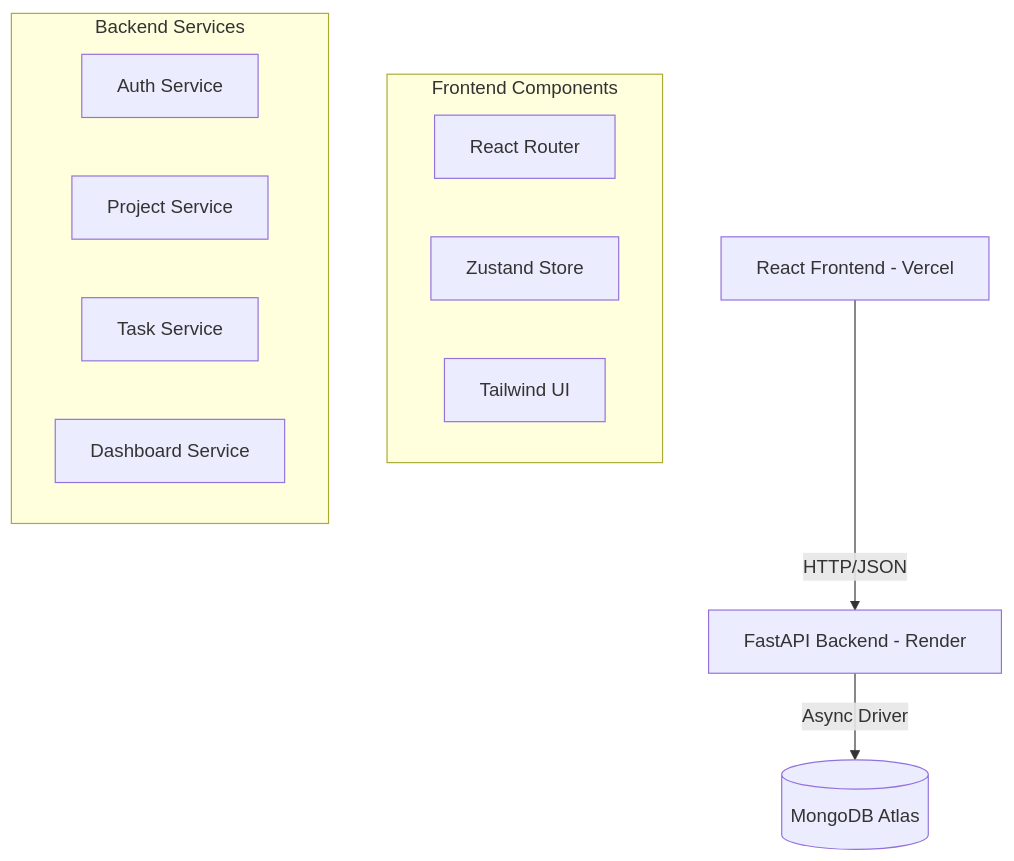
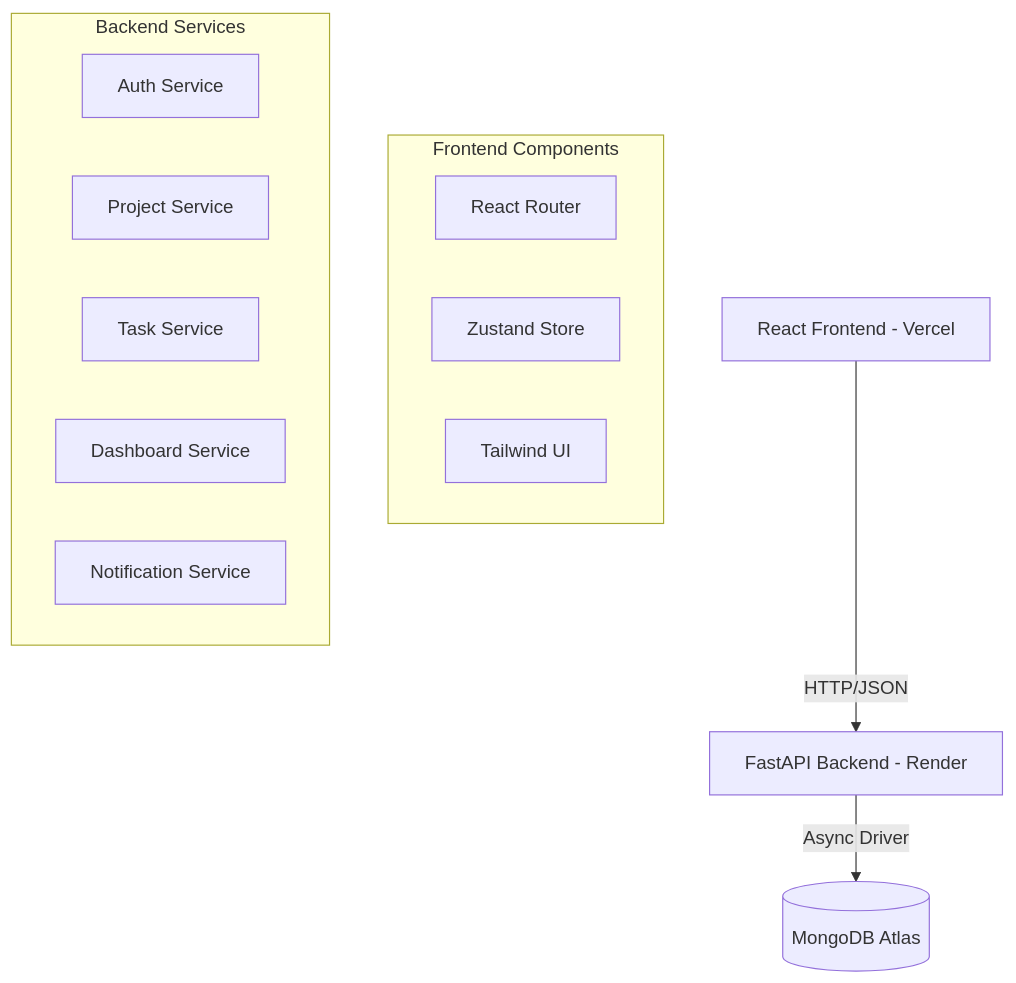
The diagram in architecture.md (falakrana/SyncNest), drawn with Mermaid before and after one commit. The commit also changed other lines of this file and 2 other files, not shown here.

````diff
--- a/architecture.md
+++ b/architecture.md
@@ -5,18 +5,19 @@
 ```mermaid
 graph TD
     Client[React Frontend - Vercel] -->|HTTP/JSON| API[FastAPI Backend - Render]
     API -->|Async Driver| DB[(MongoDB Atlas)]
     
     subgraph "Frontend Components"
         Router[React Router]
         Store[Zustand Store]
         UI[Tailwind UI]
     end
     
     subgraph "Backend Services"
         Auth[Auth Service]
         Proj[Project Service]
         Task[Task Service]
         Dash[Dashboard Service]
+        Notify[Notification Service]
     end
 ```
````
